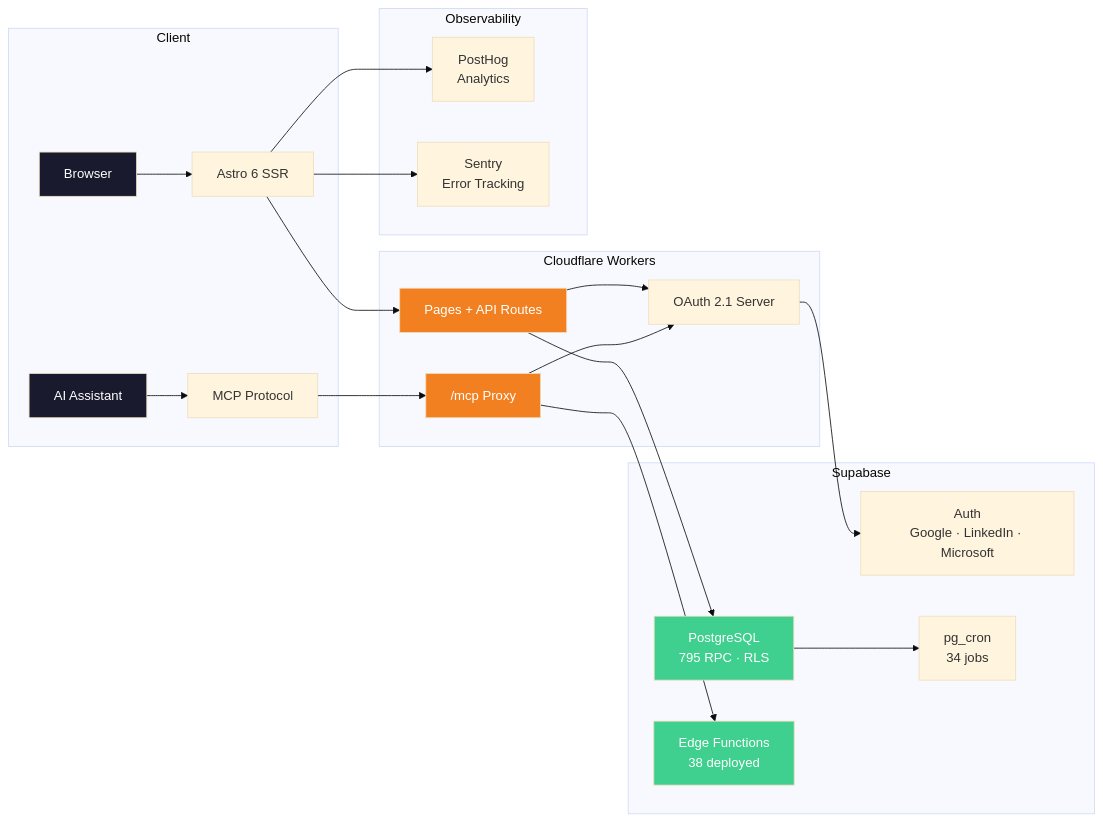
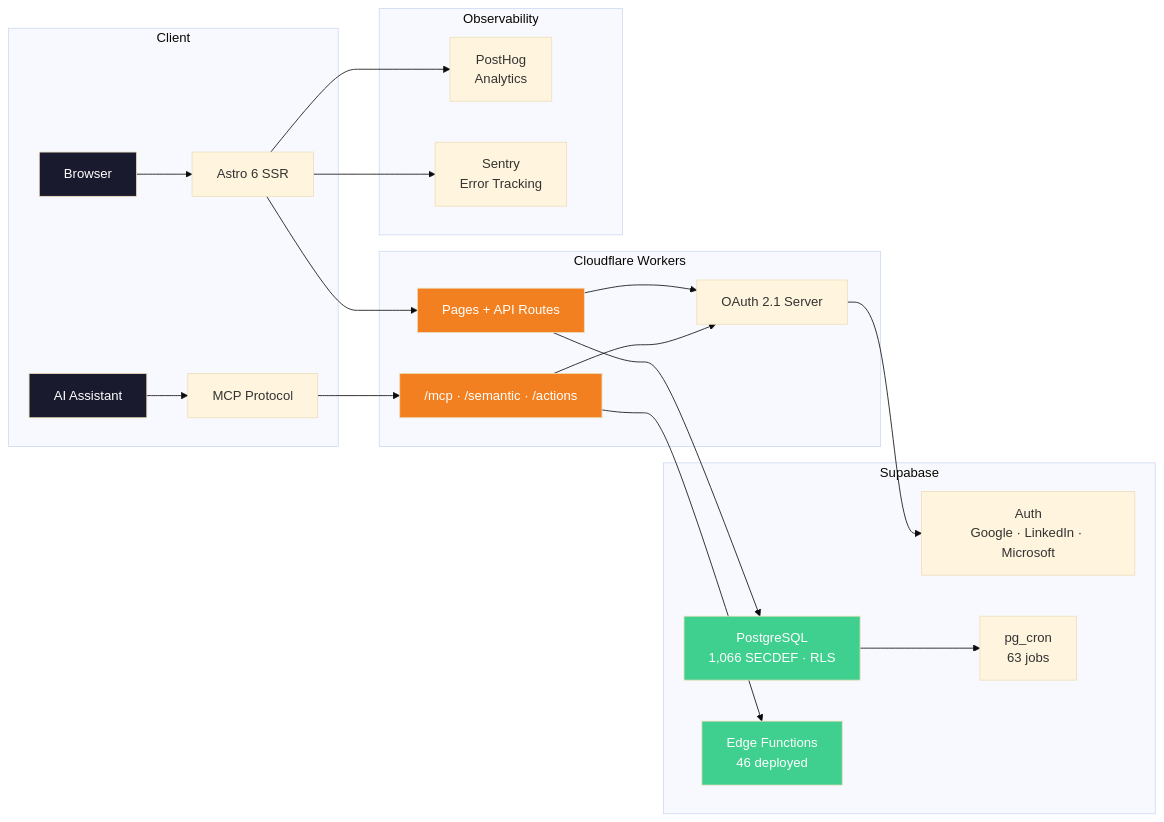
Before and after one commit to VitorMRodovalho/ai-pm-research-hub: the first of 2 diagrams in README.md, drawn with Mermaid (base theme). The commit also changed other lines of this file and 6 other files, not shown here.

````diff
--- a/README.md
+++ b/README.md
@@ -70,33 +70,33 @@
 ```mermaid
 graph LR
     subgraph Client
         A[Browser] --> B[Astro 6 SSR]
         C[AI Assistant] --> D[MCP Protocol]
     end
 
     subgraph "Cloudflare Workers"
         B --> E[Pages + API Routes]
-        D --> F["/mcp Proxy"]
+        D --> F["/mcp · /semantic · /actions"]
         E --> G[OAuth 2.1 Server]
         F --> G
     end
 
     subgraph "Supabase"
         G --> H[Auth<br/>Google · LinkedIn · Microsoft]
-        E --> I[PostgreSQL<br/>795 RPC · RLS]
-        F --> J[Edge Functions<br/>38 deployed]
-        I --> K[pg_cron<br/>34 jobs]
+        E --> I[PostgreSQL<br/>1,066 SECDEF · RLS]
+        F --> J[Edge Functions<br/>46 deployed]
+        I --> K[pg_cron<br/>63 jobs]
     end
 
     subgraph "Observability"
         B --> L[PostHog<br/>Analytics]
         B --> M[Sentry<br/>Error Tracking]
     end
 
     style A fill:#1a1a2e,color:#fff
     style C fill:#1a1a2e,color:#fff
     style E fill:#F38020,color:#fff
     style F fill:#F38020,color:#fff
     style I fill:#3FCF8E,color:#fff
     style J fill:#3FCF8E,color:#fff
 ```
````
